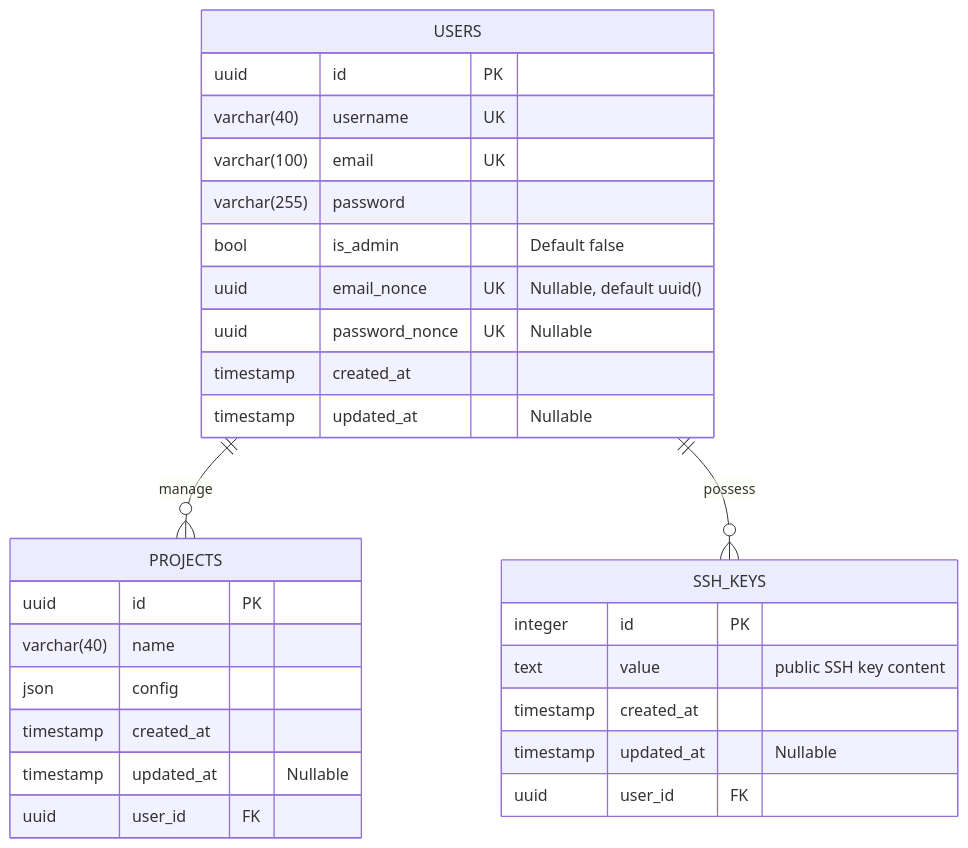
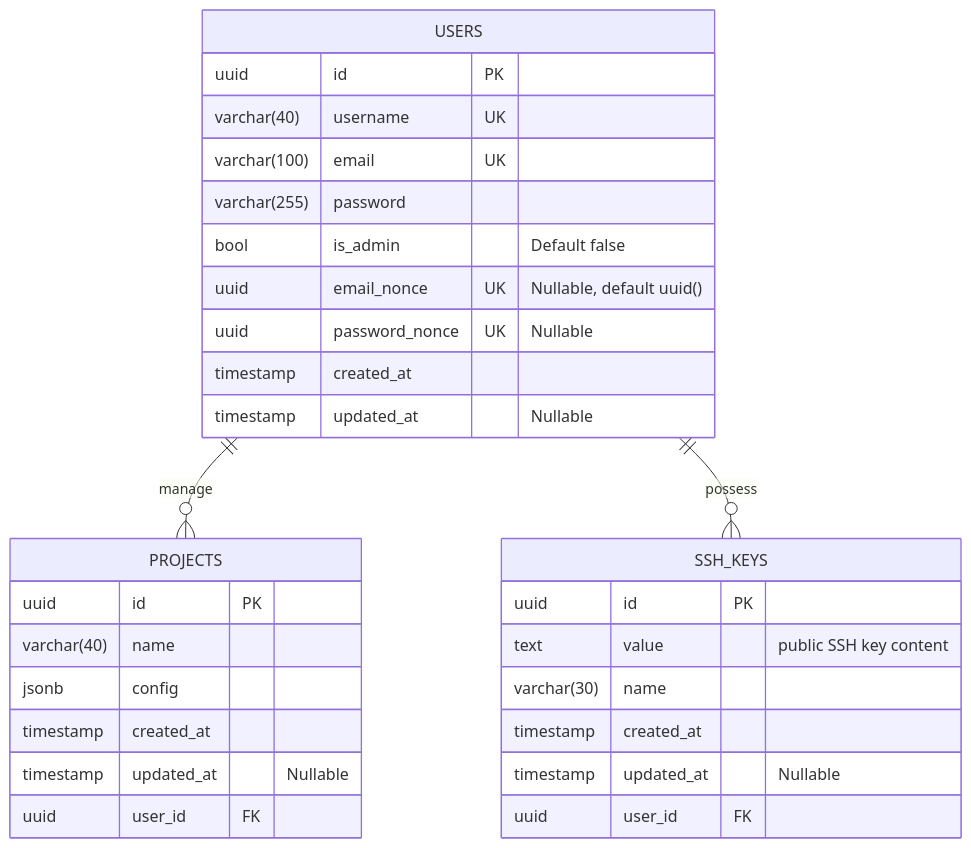
The diagram in Architecture.md (paastech-cloud/docs), drawn with Mermaid before and after one commit. The commit also changed other lines of this file, not shown here.

````diff
--- a/Architecture.md
+++ b/Architecture.md
@@ -64,32 +63,33 @@
 ```mermaid
 erDiagram
     USERS {
         uuid id PK
         varchar(40) username UK
         varchar(100) email UK
         varchar(255) password
         bool is_admin "Default false"
         uuid email_nonce UK "Nullable, default uuid()"
         uuid password_nonce UK "Nullable"
         timestamp created_at
         timestamp updated_at "Nullable"
     }
     SSH_KEYS {
-        integer id PK
+        uuid id PK
         text value "public SSH key content"
+        varchar(30) name
         timestamp created_at
         timestamp updated_at "Nullable"
         uuid user_id FK
     }
     PROJECTS {
         uuid id PK
         varchar(40) name
-        json config
+        jsonb config
         timestamp created_at
         timestamp updated_at "Nullable"
         uuid user_id FK
     }
 
     USERS ||--o{ PROJECTS : manage
     USERS ||--o{ SSH_KEYS : possess
 ```
````
